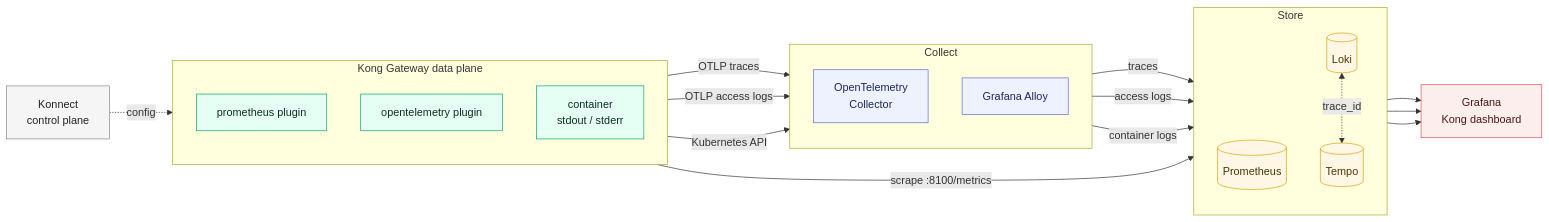
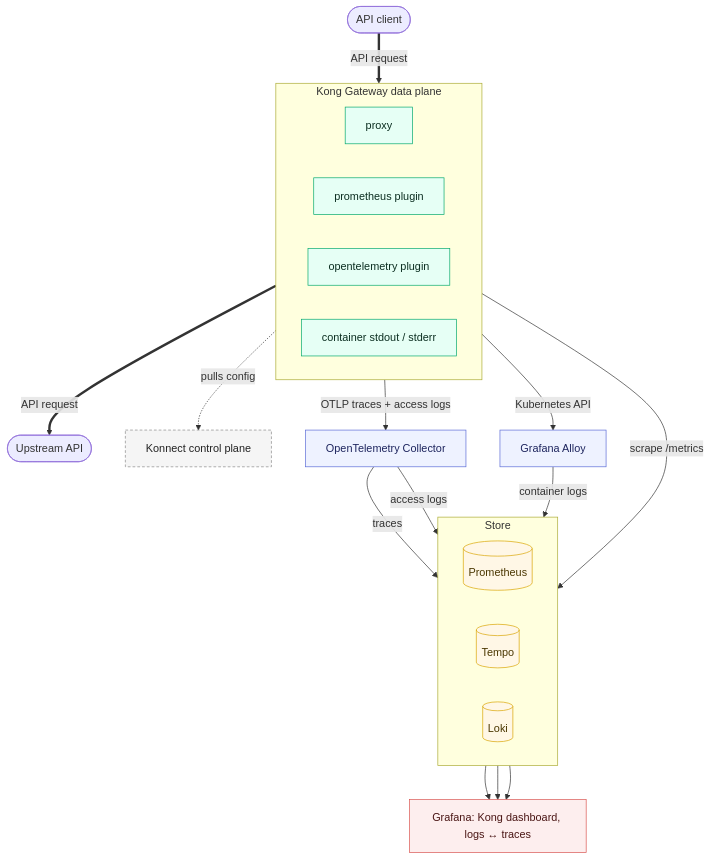
The diagram in README.md (bhatikuldeep/kong-grafana-observability-stack), drawn with Mermaid before and after one commit.

Commit message:
README diagram: API request path first, Konnect as config pull

````diff
--- a/README.md
+++ b/README.md
@@ -11,50 +11,45 @@
 ```mermaid
-flowchart LR
-  konnect["Konnect<br/>control plane"]
-
+flowchart TB
+  client(["API client"])
   subgraph kong["Kong Gateway data plane"]
-    direction TB
+    direction LR
+    proxy["proxy"]
     promplugin["prometheus plugin"]
     otelplugin["opentelemetry plugin"]
-    stdout["container<br/>stdout / stderr"]
+    stdout["container stdout / stderr"]
   end
-
-  subgraph collect["Collect"]
-    direction TB
-    collector["OpenTelemetry<br/>Collector"]
-    alloy["Grafana Alloy"]
-  end
-
+  upstream(["Upstream API"])
+  konnect["Konnect control plane"]
+  collector["OpenTelemetry Collector"]
+  alloy["Grafana Alloy"]
   subgraph store["Store"]
-    direction TB
+    direction LR
     prometheus[("Prometheus")]
     tempo[("Tempo")]
     loki[("Loki")]
   end
-
-  grafana["Grafana<br/>Kong dashboard"]
-
-  konnect -. "config" .-> kong
-  promplugin -- "scrape :8100/metrics" --> prometheus
-  otelplugin -- "OTLP traces" --> collector
-  otelplugin -- "OTLP access logs" --> collector
+  grafana["Grafana: Kong dashboard, logs ↔ traces"]
+  client == "API request" ==> proxy
+  proxy == "API request" ==> upstream
+  kong -. "pulls config" .-> konnect
+  promplugin -- "scrape /metrics" --> prometheus
+  otelplugin -- "OTLP traces + access logs" --> collector
   stdout -- "Kubernetes API" --> alloy
   collector -- "traces" --> tempo
   collector -- "access logs" --> loki
   alloy -- "container logs" --> loki
   prometheus --> grafana
   tempo --> grafana
   loki --> grafana
-  loki <-. "trace_id" .-> tempo
 
   classDef kongnode fill:#e6fff5,stroke:#00a86b,color:#0b2e20
   classDef pipe fill:#eef2ff,stroke:#5b6bd6,color:#1e255e
   classDef db fill:#fff7e6,stroke:#d9a400,color:#4a3600
   classDef ui fill:#fdeeee,stroke:#d9534f,color:#4a1514
-  classDef ext fill:#f5f5f5,stroke:#888,color:#222
-  class promplugin,otelplugin,stdout kongnode
+  classDef cp fill:#f5f5f5,stroke:#888,color:#222,stroke-dasharray:4 3
+  class proxy,promplugin,otelplugin,stdout kongnode
   class collector,alloy pipe
   class prometheus,tempo,loki db
   class grafana ui
-  class konnect ext
+  class konnect cp
 ```
````
